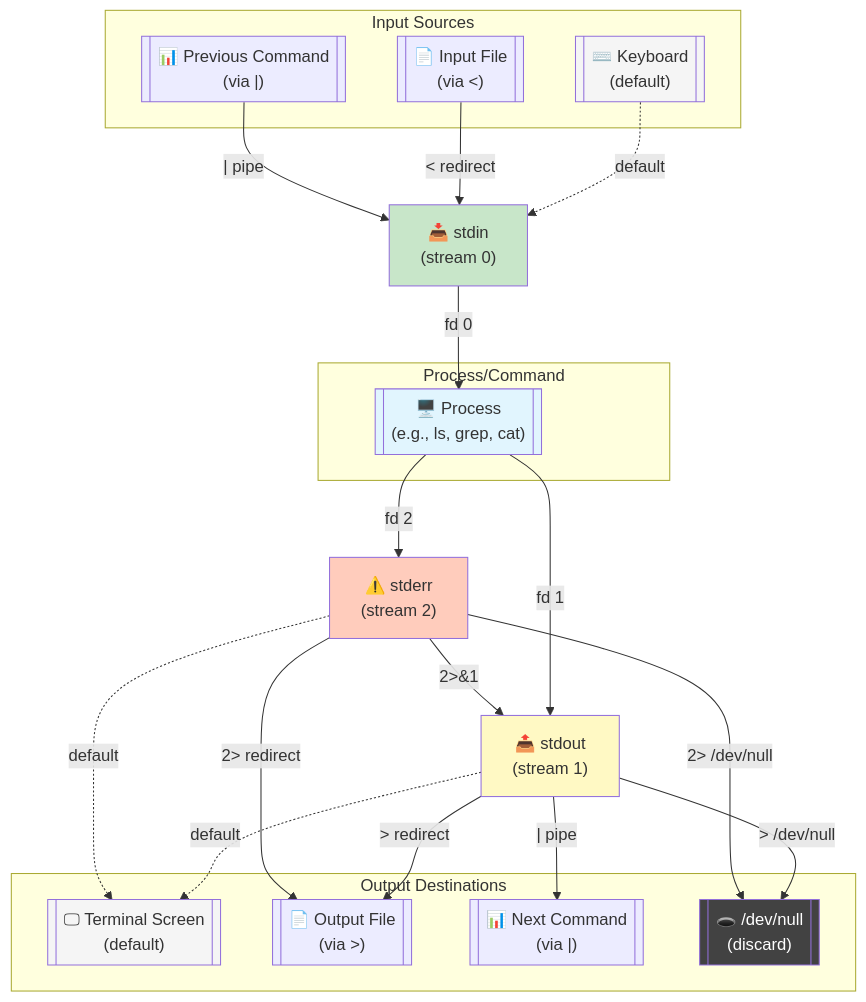
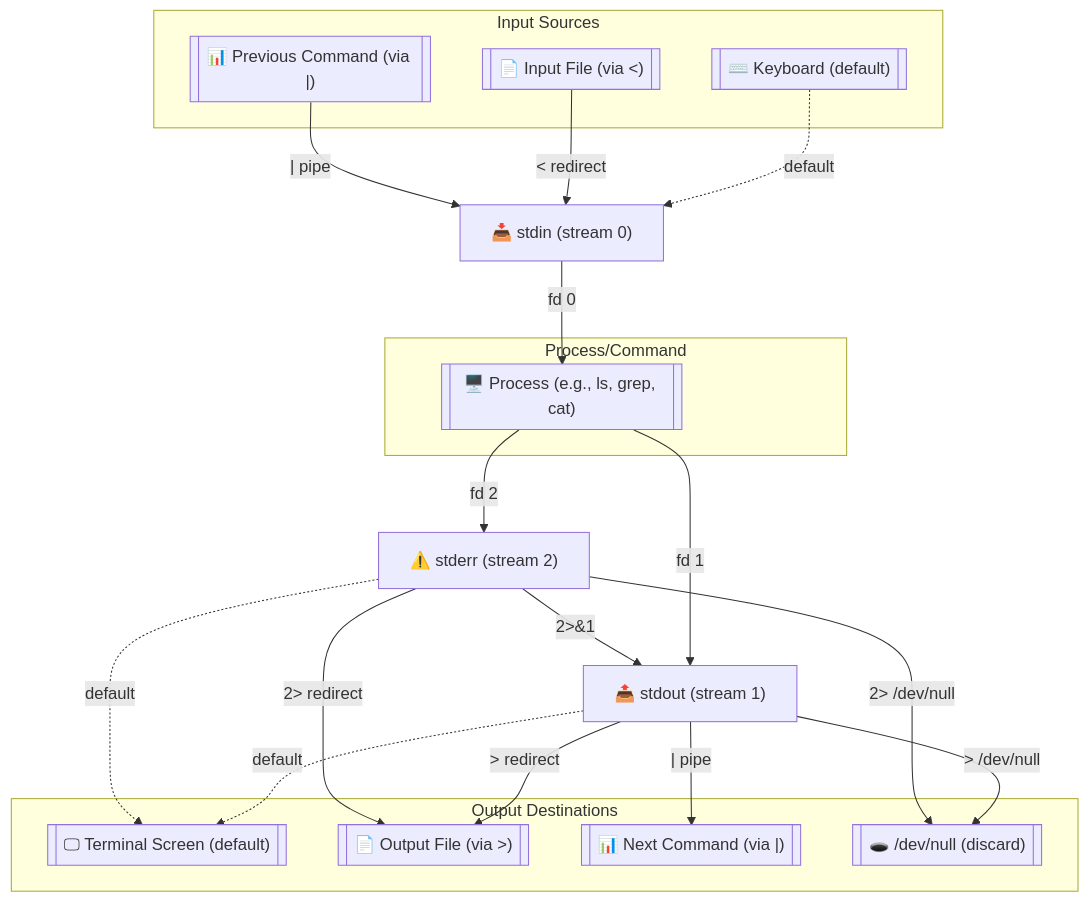
The diagram in src/content/docs/guides/linux.mdx (apcamargo/starlight-test), drawn with Mermaid before and after one commit. The commit also changed other lines of this file, not shown here.

````diff
--- a/src/content/docs/guides/linux.mdx
+++ b/src/content/docs/guides/linux.mdx
@@ -61,53 +61,44 @@
 ```mermaid
 graph TD
     subgraph "Process/Command"
-        PROC[["🖥️ Process<br/>(e.g., ls, grep, cat)"]]
+        PROC[["🖥️ Process (e.g., ls, grep, cat)"]]
     end
     
     subgraph "Input Sources"
-        KB[["⌨️ Keyboard<br/>(default)"]]
-        FILE_IN[["📄 Input File<br/>(via <)"]]
-        PIPE_IN[["📊 Previous Command<br/>(via |)"]]
+        KB[["⌨️ Keyboard (default)"]]
+        FILE_IN[["📄 Input File (via <)"]]
+        PIPE_IN[["📊 Previous Command (via |)"]]
     end
     
     subgraph "Output Destinations"
-        SCREEN[["🖵 Terminal Screen<br/>(default)"]]
-        FILE_OUT[["📄 Output File<br/>(via >)"]]
-        PIPE_OUT[["📊 Next Command<br/>(via |)"]]
-        NULL[["🕳️ /dev/null<br/>(discard)"]]
+        SCREEN[["🖵 Terminal Screen (default)"]]
+        FILE_OUT[["📄 Output File (via >)"]]
+        PIPE_OUT[["📊 Next Command (via |)"]]
+        NULL[["🕳️ /dev/null (discard)"]]
     end
     
     %% stdin connections
     KB -.->|"default"| STDIN
     FILE_IN -->|"< redirect"| STDIN
     PIPE_IN -->|"| pipe"| STDIN
     STDIN -->|"fd 0"| PROC
     
     %% stdout connections
     PROC -->|"fd 1"| STDOUT
     STDOUT -.->|"default"| SCREEN
     STDOUT -->|"> redirect"| FILE_OUT
     STDOUT -->|"| pipe"| PIPE_OUT
     STDOUT -->|"> /dev/null"| NULL
     
     %% stderr connections
     PROC -->|"fd 2"| STDERR
     STDERR -.->|"default"| SCREEN
     STDERR -->|"2> redirect"| FILE_OUT
     STDERR -->|"2>&1"| STDOUT
     STDERR -->|"2> /dev/null"| NULL
     
     %% Stream definitions
-    STDIN["📥 stdin<br/>(stream 0)"]
-    STDOUT["📤 stdout<br/>(stream 1)"]
-    STDERR["⚠️ stderr<br/>(stream 2)"]
-    
-    %% Styling
-    style PROC fill:#e1f5fe
-    style STDIN fill:#c8e6c9
-    style STDOUT fill:#fff9c4
-    style STDERR fill:#ffccbc
-    style KB fill:#f5f5f5
-    style SCREEN fill:#f5f5f5
-    style NULL fill:#424242,color:#fff
+    STDIN["📥 stdin (stream 0)"]
+    STDOUT["📤 stdout (stream 1)"]
+    STDERR["⚠️ stderr (stream 2)"]
 ```
````
